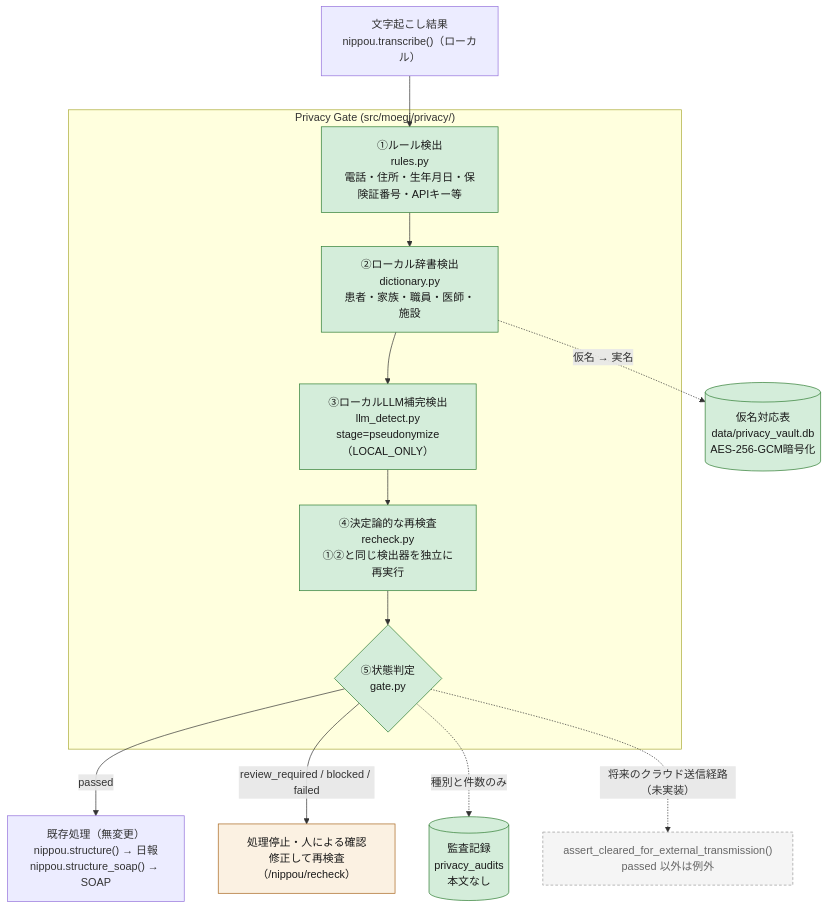
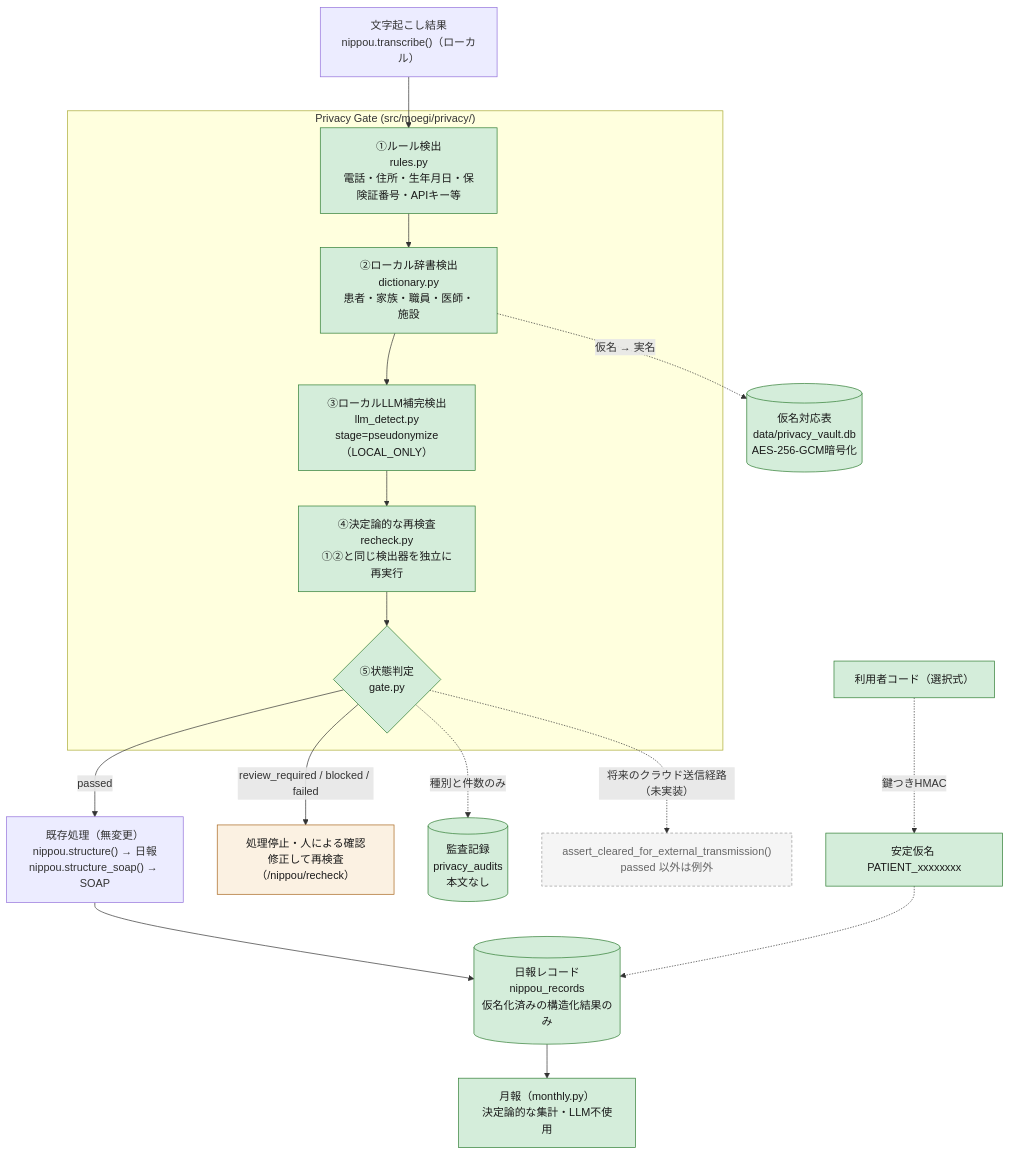
One commit to toshi-naka-boop/MOEGI changed the diagram in design/moegi/privacy.md. Above: the diagram before and after it, drawn with Mermaid. The commit also changed other lines of this file and 11 other files, not shown here.

First line of the commit message:
feat: 日報を1ヶ月分まとめる月報機能（決定論的な集計・LLM不使用）

````diff
--- a/design/moegi/privacy.md
+++ b/design/moegi/privacy.md
@@ -15,27 +15,32 @@
 ```mermaid
 flowchart TD
     A["文字起こし結果<br/>nippou.transcribe()（ローカル）"] --> B
 
     subgraph gate["Privacy Gate (src/moegi/privacy/)"]
         B["①ルール検出<br/>rules.py<br/>電話・住所・生年月日・保険証番号・APIキー等"]
         B --> C["②ローカル辞書検出<br/>dictionary.py<br/>患者・家族・職員・医師・施設"]
         C --> D["③ローカルLLM補完検出<br/>llm_detect.py<br/>stage=pseudonymize（LOCAL_ONLY）"]
         D --> E["④決定論的な再検査<br/>recheck.py<br/>①②と同じ検出器を独立に再実行"]
         E --> F{"⑤状態判定<br/>gate.py"}
     end
 
     F -->|passed| G["既存処理（無変更）<br/>nippou.structure() → 日報<br/>nippou.structure_soap() → SOAP"]
     F -->|review_required / blocked / failed| H["処理停止・人による確認<br/>修正して再検査（/nippou/recheck）"]
 
+    G --> REC[("日報レコード<br/>nippou_records<br/>仮名化済みの構造化結果のみ")]
+    REC --> M["月報（monthly.py）<br/>決定論的な集計・LLM不使用"]
+    CODE["利用者コード（選択式）"] -.->|鍵つきHMAC| SUB["安定仮名 PATIENT_xxxxxxxx"]
+    SUB -.-> REC
+
     C -.->|仮名 → 実名| V[("仮名対応表<br/>data/privacy_vault.db<br/>AES-256-GCM暗号化")]
     F -.->|種別と件数のみ| AU[("監査記録<br/>privacy_audits<br/>本文なし")]
 
     F -.->|"将来のクラウド送信経路（未実装）"| X["assert_cleared_for_external_transmission()<br/>passed 以外は例外"]
 
     classDef new fill:#d4edda,stroke:#2e7d32,color:#1a1a1a
     classDef blocked fill:#fbf1e2,stroke:#a8641b,color:#1a1a1a
     classDef future fill:#f5f5f5,stroke:#999,color:#666,stroke-dasharray: 4 3
-    class B,C,D,E,F,V,AU new
+    class B,C,D,E,F,V,AU,REC,M,CODE,SUB new
     class H blocked
     class X future
 ```
````
